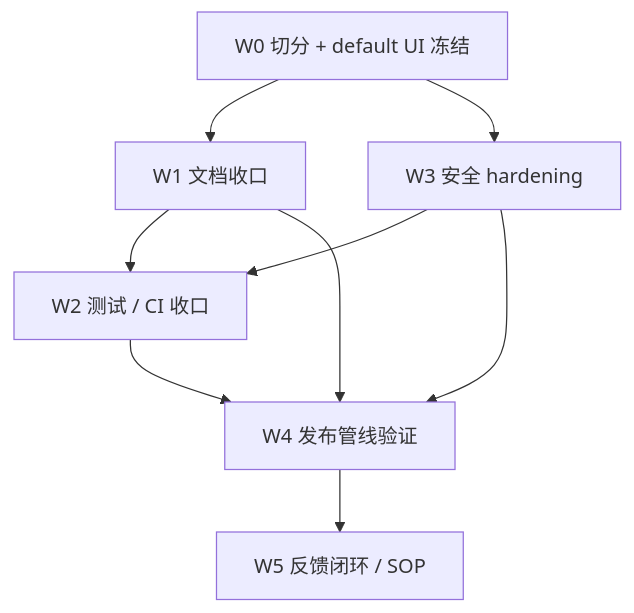
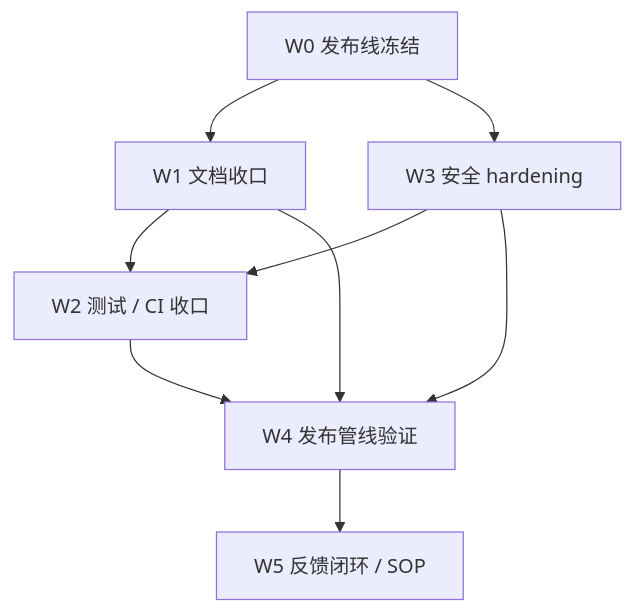
The second of 2 diagrams in docs/plan/3.0-alpha-cutover.md (slackworker/chain-subconverter), drawn with Mermaid before and after one commit. The commit also changed other lines of this file and 9 other files, not shown here.

````diff
--- a/docs/plan/3.0-alpha-cutover.md
+++ b/docs/plan/3.0-alpha-cutover.md
@@ -109,11 +108,11 @@
 ```mermaid
 flowchart TB
-    W0["W0 切分 + default UI 冻结"] --> W1["W1 文档收口"]
+    W0["W0 发布线冻结"] --> W1["W1 文档收口"]
     W0 --> W3["W3 安全 hardening"]
     W1 --> W2["W2 测试 / CI 收口"]
     W3 --> W2
     W2 --> W4["W4 发布管线验证"]
     W3 --> W4
     W1 --> W4
     W4 --> W5["W5 反馈闭环 / SOP"]
 ```
````
